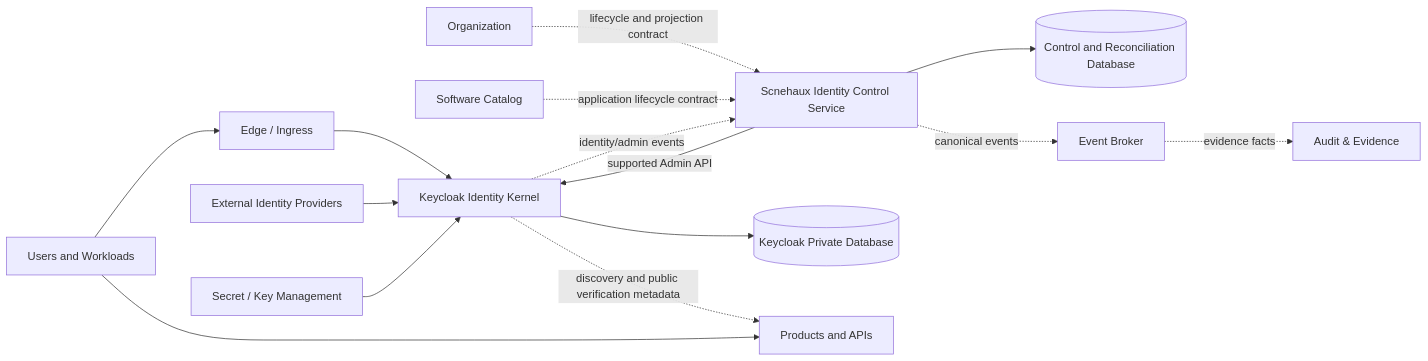
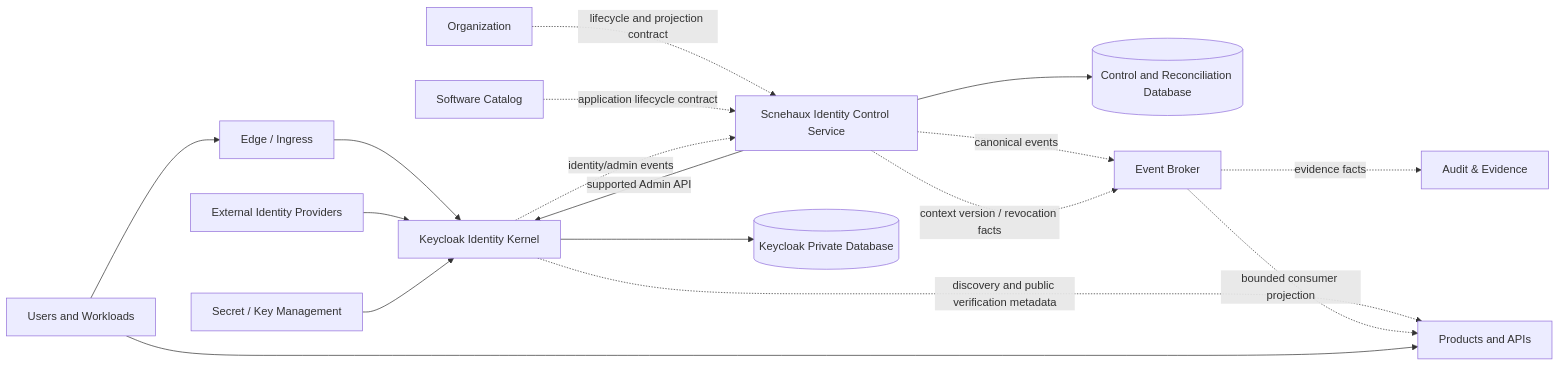
The first of 11 diagrams in 04-system/scnehaux-iam/scnehaux-identity-runtime.sad.md (anshacerbia2/scnehaux-architecture), drawn with Mermaid before and after one commit. The commit also changed other lines of this file, not shown here.

Commit message:
feat(identity): harden runtime revocation linking delegation and key continuity

````diff
--- a/04-system/scnehaux-iam/scnehaux-identity-runtime.sad.md
+++ b/04-system/scnehaux-iam/scnehaux-identity-runtime.sad.md
@@ -91,33 +98,35 @@
 ```mermaid
 graph LR
     USER[Users and Workloads]
     EDGE[Edge / Ingress]
     KC[Keycloak Identity Kernel]
     CTRL[Scnehaux Identity Control Service]
     KCDB[(Keycloak Private Database)]
     CTRLDB[(Control and Reconciliation Database)]
     TEN[Organization]
     CAT[Software Catalog]
     TRUST[Secret / Key Management]
     BROKER[Event Broker]
     AUDIT[Audit & Evidence]
     PROD[Products and APIs]
     EXT[External Identity Providers]
 
     USER --> EDGE
     EDGE --> KC
     EXT --> KC
     KC --> KCDB
     TRUST --> KC
 
     TEN -. lifecycle and projection contract .-> CTRL
     CAT -. application lifecycle contract .-> CTRL
     CTRL --> CTRLDB
     CTRL -->|supported Admin API| KC
     KC -. identity/admin events .-> CTRL
     CTRL -. canonical events .-> BROKER
     BROKER -. evidence facts .-> AUDIT
 
     KC -. discovery and public verification metadata .-> PROD
+    CTRL -. context version / revocation facts .-> BROKER
+    BROKER -. bounded consumer projection .-> PROD
     USER --> PROD
 ```
````
